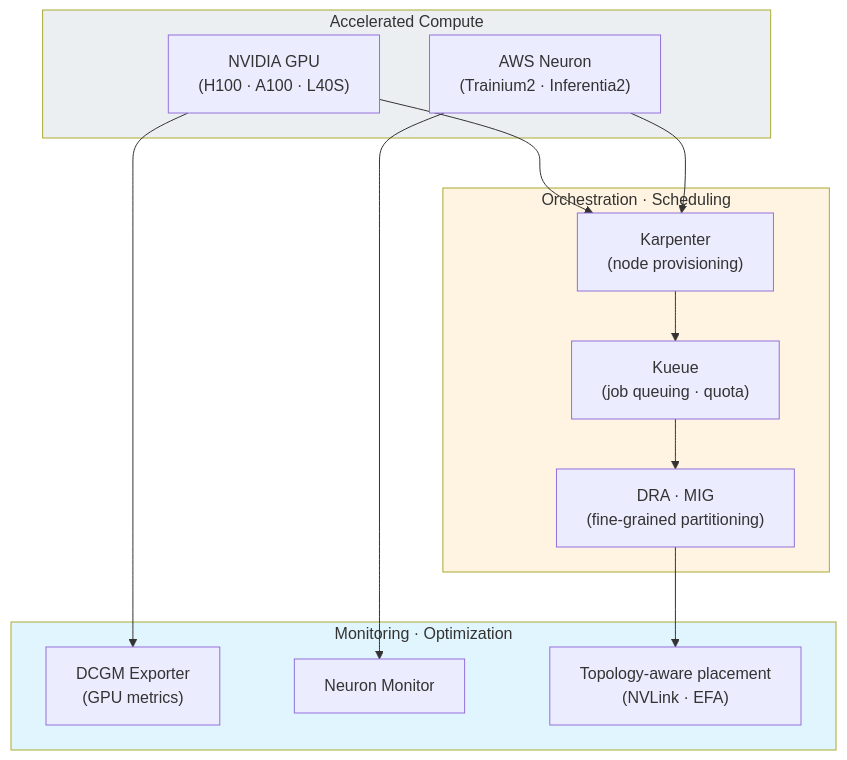
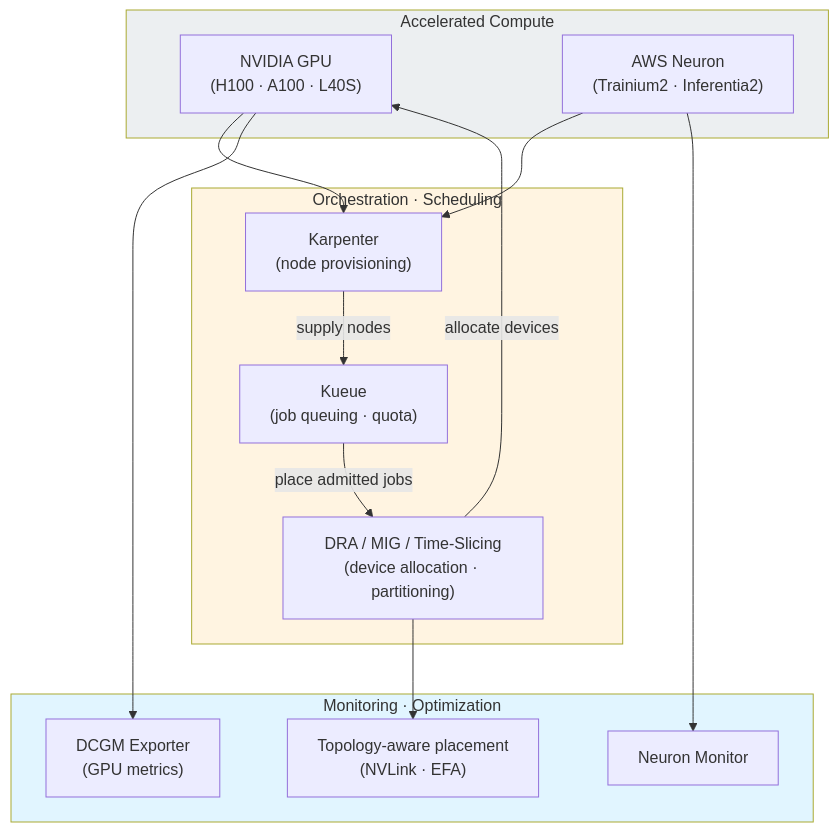
The second of 10 diagrams in docs/agentic-ai-platform/design-architecture/foundations/agentic-platform-architecture.md (devfloor9/engineering-playbook), drawn with Mermaid before and after one commit. The commit also changed other lines of this file and 39 other files, not shown here.

````diff
--- a/docs/agentic-ai-platform/design-architecture/foundations/agentic-platform-architecture.md
+++ b/docs/agentic-ai-platform/design-architecture/foundations/agentic-platform-architecture.md
@@ -173,29 +173,31 @@
 ```mermaid
 flowchart TB
     subgraph Compute["Accelerated Compute"]
         GPU["NVIDIA GPU<br/>(H100 · A100 · L40S)"]
         NEURON["AWS Neuron<br/>(Trainium2 · Inferentia2)"]
     end
 
     subgraph Orchestration["Orchestration · Scheduling"]
         KARP["Karpenter<br/>(node provisioning)"]
         KUEUE["Kueue<br/>(job queuing · quota)"]
-        DRA["DRA · MIG<br/>(fine-grained partitioning)"]
+        DRA["DRA / MIG / Time-Slicing<br/>(device allocation · partitioning)"]
     end
 
     subgraph Telemetry["Monitoring · Optimization"]
         DCGM["DCGM Exporter<br/>(GPU metrics)"]
         NMON["Neuron Monitor"]
         TOPO["Topology-aware placement<br/>(NVLink · EFA)"]
     end
 
     GPU & NEURON --> KARP
-    KARP --> KUEUE --> DRA
+    KARP -->|supply nodes| KUEUE
+    KUEUE -->|place admitted jobs| DRA
+    DRA -->|allocate devices| GPU
     GPU --> DCGM
     NEURON --> NMON
     DRA --> TOPO
 
     style Compute fill:#eceff1
     style Orchestration fill:#fff4e1
     style Telemetry fill:#e1f5ff
 ```
````
